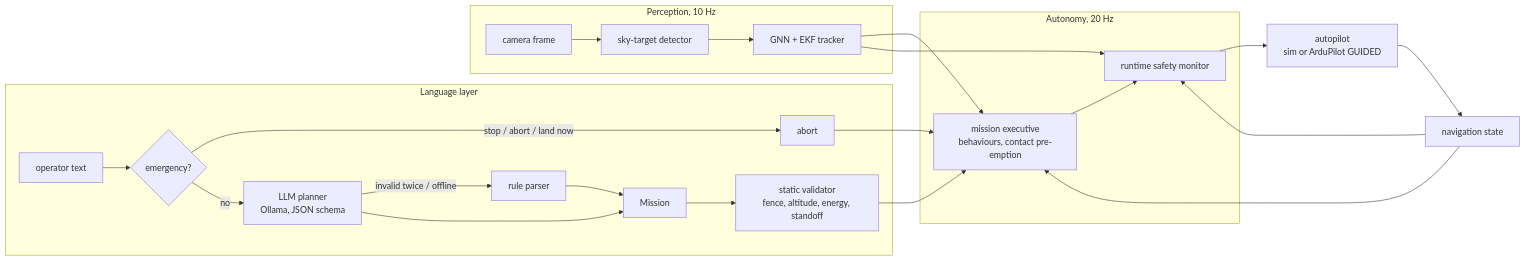
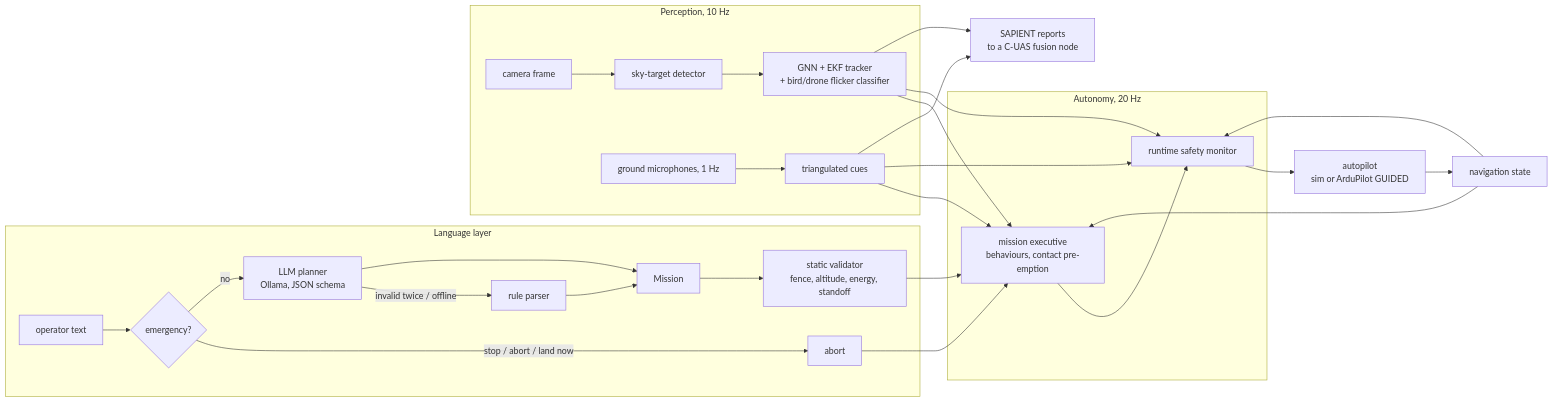
The diagram in docs/architecture.md (mustafarkhan/kestrel), drawn with Mermaid before and after one commit. The commit also changed other lines of this file and 7 other files, not shown here.

````diff
--- a/docs/architecture.md
+++ b/docs/architecture.md
@@ -8,26 +8,31 @@
 ```mermaid
 flowchart LR
     subgraph language [Language layer]
         T[operator text] --> E{emergency?}
         E -- "stop / abort / land now" --> X[abort]
         E -- no --> L[LLM planner<br/>Ollama, JSON schema]
         L -- invalid twice / offline --> R[rule parser]
         L --> M[Mission]
         R --> M
         M --> V[static validator<br/>fence, altitude, energy, standoff]
     end
     subgraph perception [Perception, 10 Hz]
         C[camera frame] --> D[sky-target detector]
-        D --> K[GNN + EKF tracker]
+        D --> K[GNN + EKF tracker<br/>+ bird/drone flicker classifier]
+        A[ground microphones, 1 Hz] --> Q[triangulated cues]
     end
     subgraph decide [Autonomy, 20 Hz]
         V --> EX[mission executive<br/>behaviours, contact pre-emption]
         K --> EX
         X --> EX
         EX --> S[runtime safety monitor]
         K --> S
+        Q --> EX
+        Q --> S
     end
     S --> AP[autopilot<br/>sim or ArduPilot GUIDED]
+    K --> SAP[SAPIENT reports<br/>to a C-UAS fusion node]
+    Q --> SAP
     AP --> NAV[navigation state] --> EX
     NAV --> S
 ```
````
